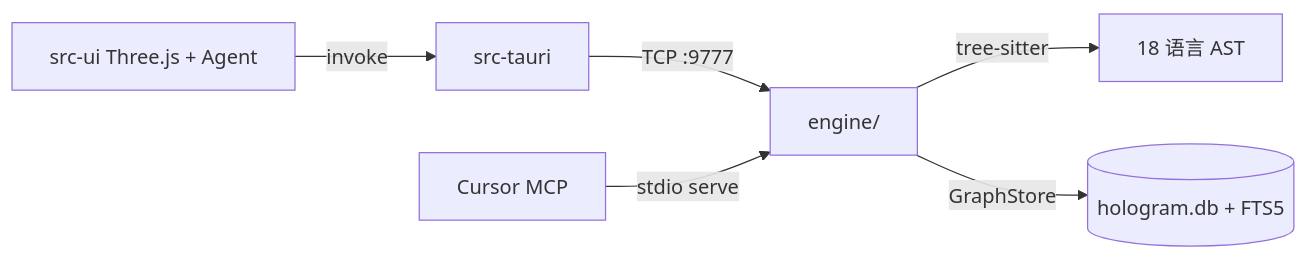
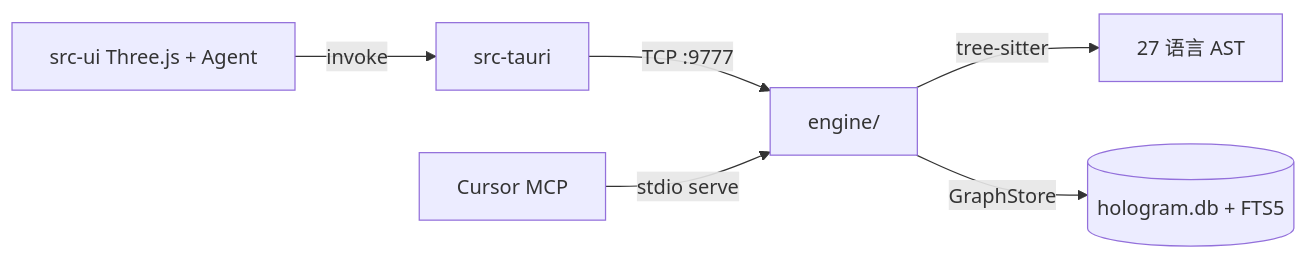
Before and after one commit to 834063245-creator/HoloGram: the diagram in AGENTS.md, drawn with Mermaid. The commit also changed other lines of this file and 3 other files, not shown here.

````diff
--- a/AGENTS.md
+++ b/AGENTS.md
@@ -40,8 +40,8 @@
 ```mermaid
 flowchart LR
   UI[src-ui Three.js + Agent] -->|invoke| Tauri[src-tauri]
   Tauri -->|TCP :9777| Engine[engine/]
-  Engine -->|tree-sitter| AST[18 语言 AST]
+  Engine -->|tree-sitter| AST[27 语言 AST]
   Engine -->|GraphStore| DB[(hologram.db + FTS5)]
   MCP[Cursor MCP] -->|stdio serve| Engine
 ```
````
